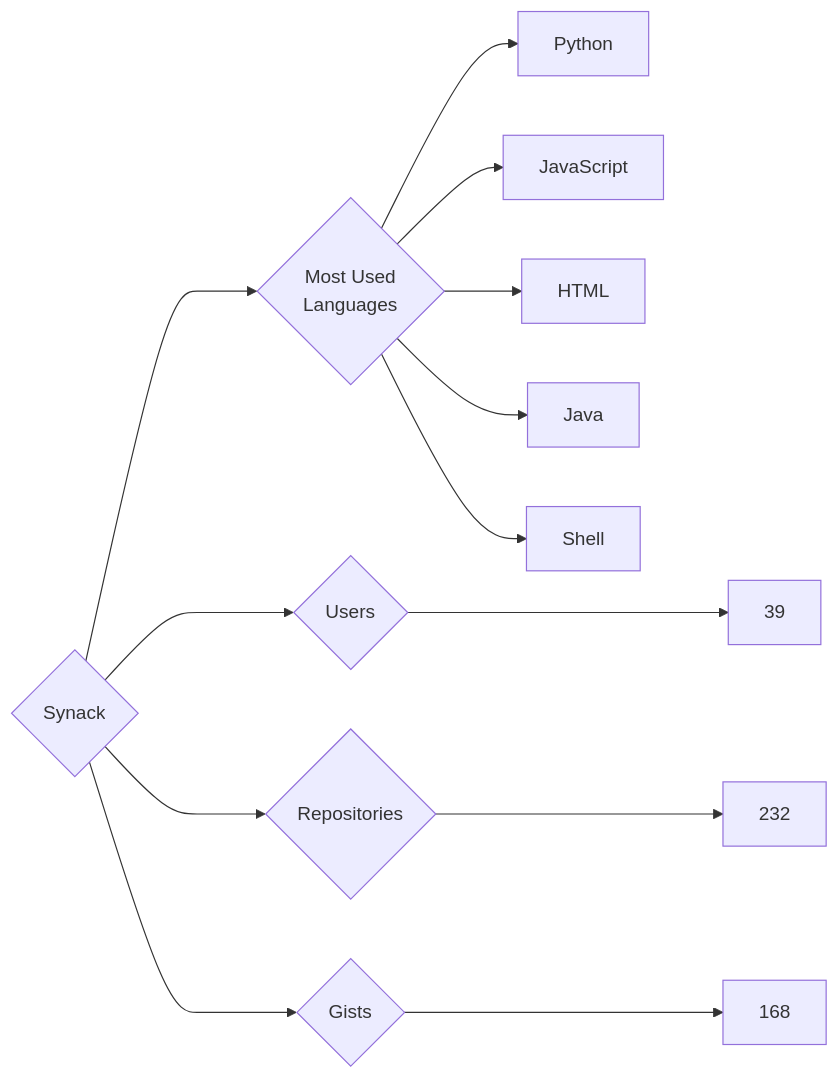
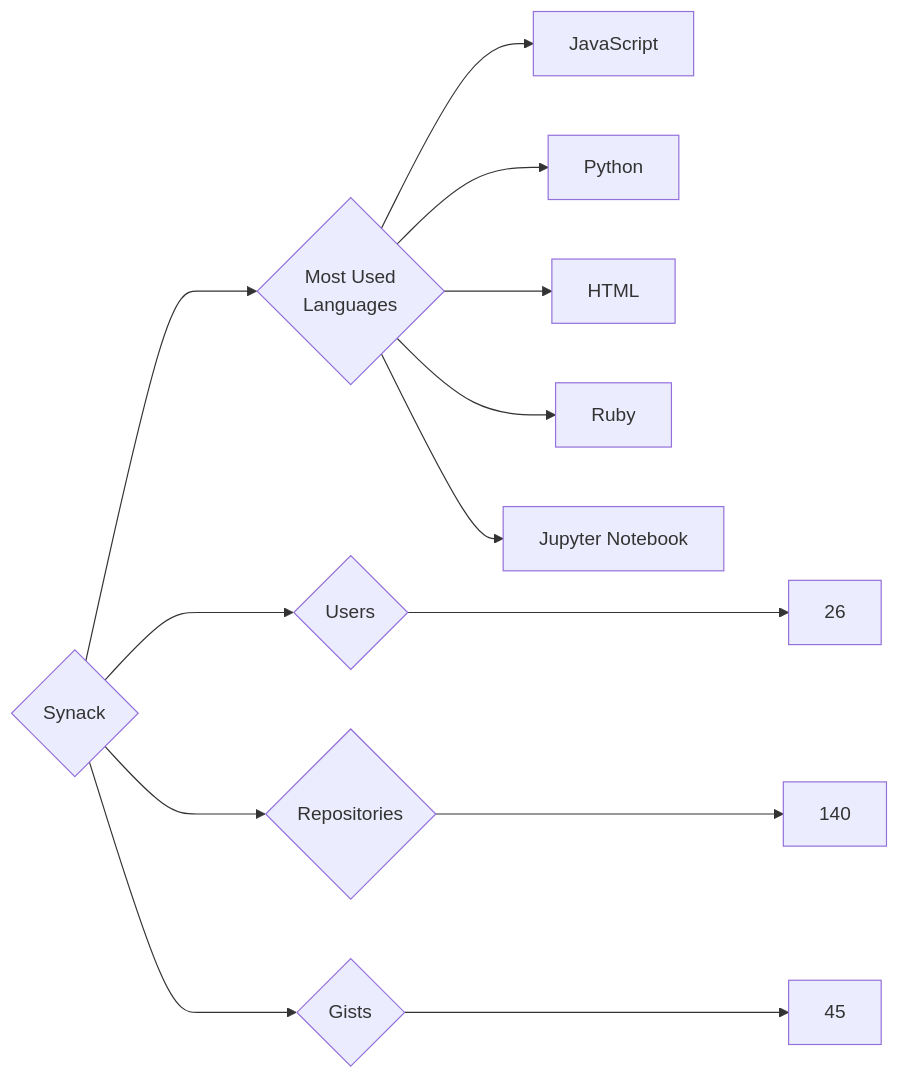
Before and after one commit to trickest/insiders: the diagram in targets/Synack/README.md, drawn with Mermaid. The commit also changed 972 other files, not shown here.

````diff
--- a/targets/Synack/README.md
+++ b/targets/Synack/README.md
@@ -3,13 +3,13 @@
 ```mermaid
 graph LR
 COMPANY_NAME{Synack}
-COMPANY_NAME ---> U{Users} ---> UN[39]
-COMPANY_NAME ---> R{Repositories} ---> RN[232]
-COMPANY_NAME ---> G{Gists} ---> GN[168]
+COMPANY_NAME ---> U{Users} ---> UN[26]
+COMPANY_NAME ---> R{Repositories} ---> RN[140]
+COMPANY_NAME ---> G{Gists} ---> GN[45]
 COMPANY_NAME ---> ML{Most Used<br>Languages}
+ML --> JavaScript[JavaScript]
 ML --> Python[Python]
-ML --> JavaScript[JavaScript]
 ML --> HTML[HTML]
-ML --> Java[Java]
-ML --> Shell[Shell]
+ML --> Ruby[Ruby]
+ML --> Jupyter_Notebook[Jupyter Notebook]
 ```
````
